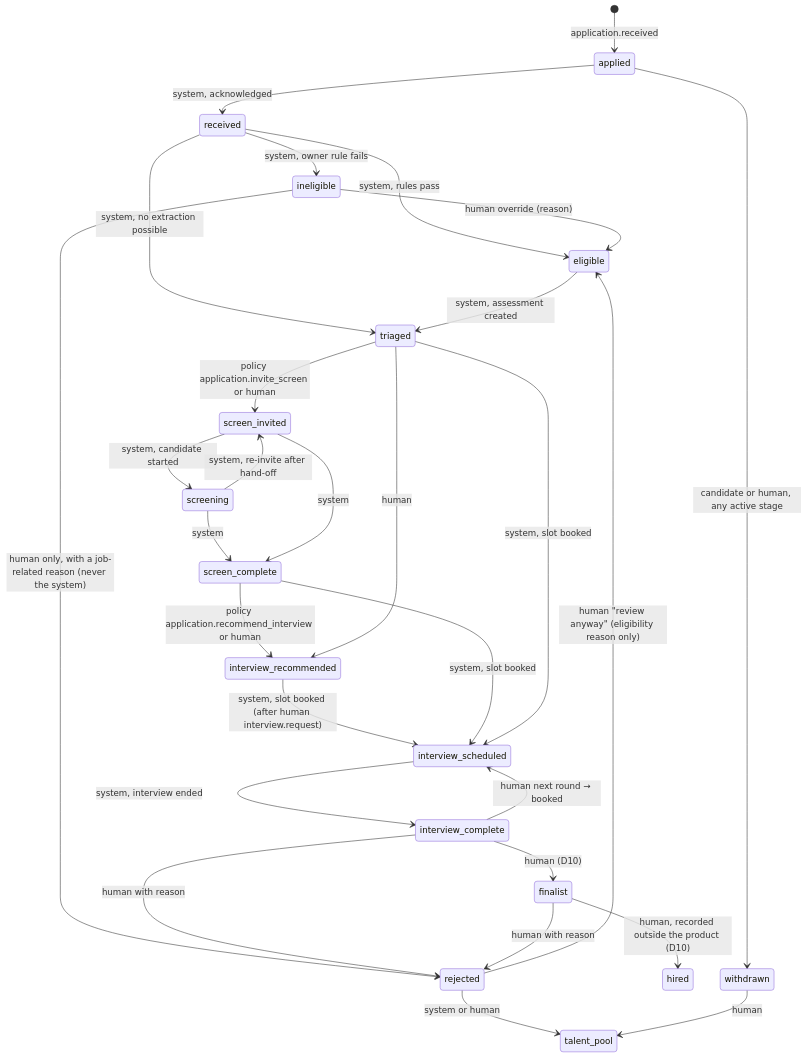
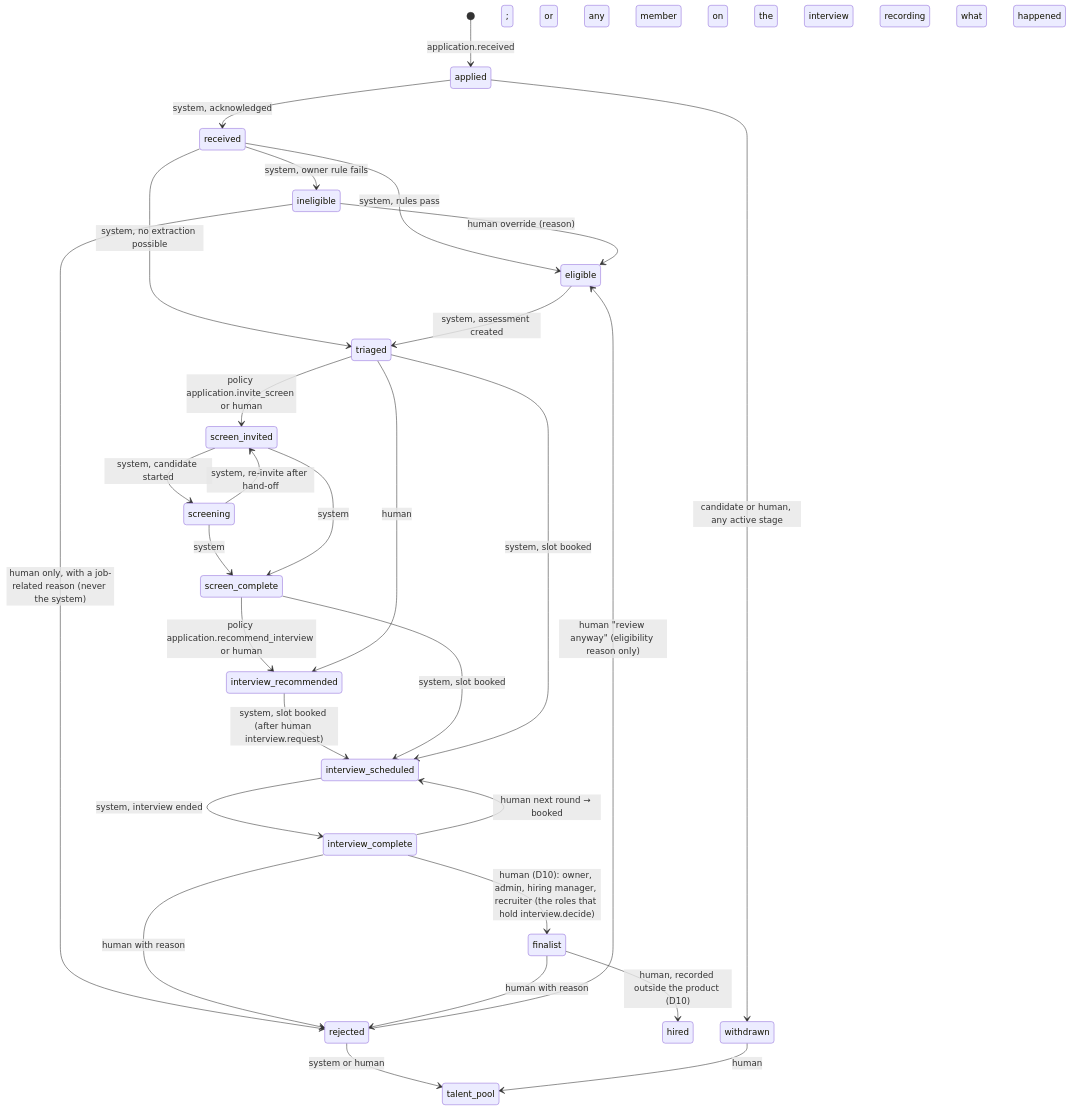
One commit to RayyanRS6/RecruitingOS changed the diagram in docs/spec/06-workflow-state-machines.md. Above: the diagram before and after it, drawn with Mermaid. The commit also changed other lines of this file and 90 other files, not shown here.

````diff
--- a/docs/spec/06-workflow-state-machines.md
+++ b/docs/spec/06-workflow-state-machines.md
@@ -7,31 +7,31 @@
 ```mermaid
 stateDiagram-v2
   [*] --> applied: application.received
   applied --> received: system, acknowledged
   received --> eligible: system, rules pass
   received --> ineligible: system, owner rule fails
   received --> triaged: system, no extraction possible
   ineligible --> eligible: human override (reason)
   ineligible --> rejected: human only, with a job-related reason (never the system)
   rejected --> eligible: human "review anyway" (eligibility reason only)
   eligible --> triaged: system, assessment created
   triaged --> screen_invited: policy application.invite_screen or human
   screen_invited --> screening: system, candidate started
   screening --> screen_invited: system, re-invite after hand-off
   screening --> screen_complete: system
   screen_invited --> screen_complete: system
   screen_complete --> interview_recommended: policy application.recommend_interview or human
   triaged --> interview_recommended: human
   interview_recommended --> interview_scheduled: system, slot booked (after human interview.request)
   screen_complete --> interview_scheduled: system, slot booked
   triaged --> interview_scheduled: system, slot booked
-  interview_scheduled --> interview_complete: system, interview ended
+  interview_scheduled --> interview_complete: system, interview ended; or any member on the interview recording what happened
   interview_complete --> interview_scheduled: human next round → booked
-  interview_complete --> finalist: human (D10)
+  interview_complete --> finalist: human (D10): owner, admin, hiring manager, recruiter (the roles that hold interview.decide)
   finalist --> hired: human, recorded outside the product (D10)
   interview_complete --> rejected: human with reason
   finalist --> rejected: human with reason
   applied --> withdrawn: candidate or human, any active stage
   rejected --> talent_pool: system or human
   withdrawn --> talent_pool: human
 ```
````
